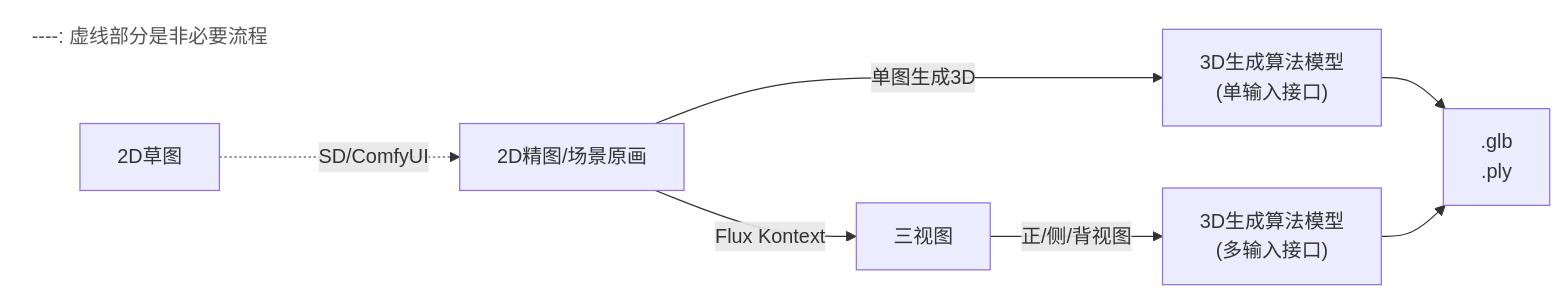
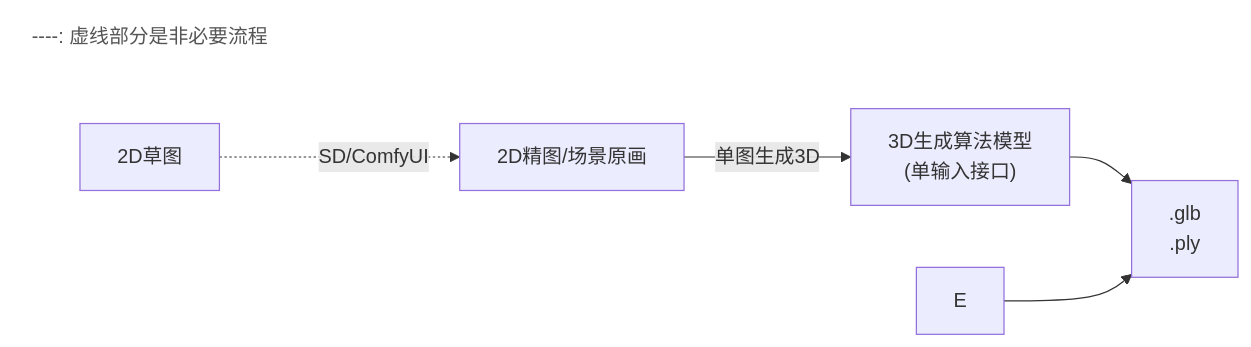
The diagram in all/未命名-7.md (zade23/iodraw-files), drawn with Mermaid before and after one commit.

Commit message:
2025-07-17 20:17:08 update

````diff
--- a/all/未命名-7.md
+++ b/all/未命名-7.md
@@ -1,19 +1,16 @@
 ```mermaid
 graph LR
     subgraph Legend ["----: 虚线部分是非必要流程"]
         direction LR
     end
 
     A[2D草图] -.->|SD/ComfyUI| B[2D精图/场景原画]
     
     B -->|单图生成3D| D["3D生成算法模型<br/>(单输入接口)"]
     D --> F[".glb<br/>.ply"]
-    
-    B -->|Flux Kontext| C[三视图]
-    
-    C -->|正/侧/背视图| E["3D生成算法模型<br/>(多输入接口)"]
+
 
     E --> F
 
     style Legend fill:#fff,stroke:#fff,stroke-width:0px,color:#555
 ```
````
